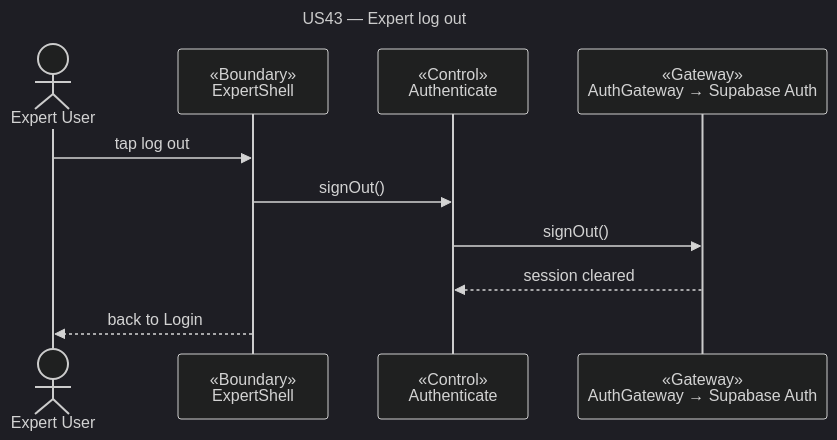
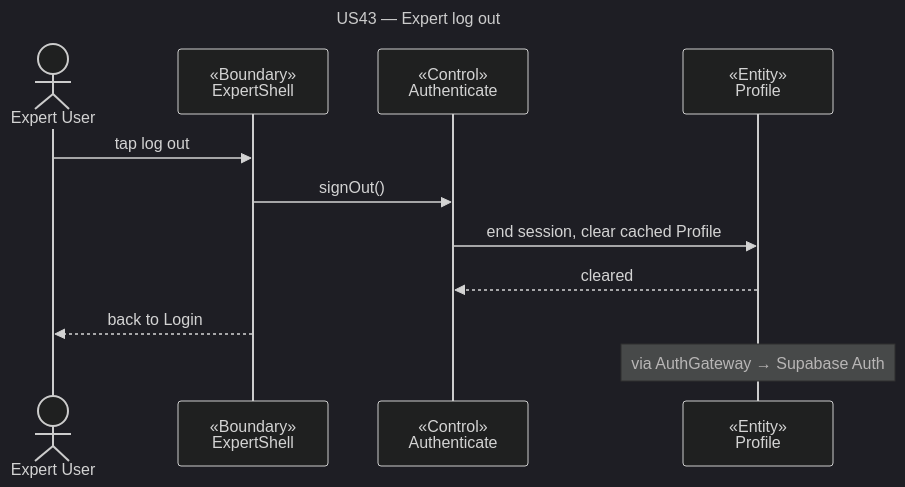
One commit to cyuanjun/FYP-26-S2-37-app changed the diagram in docs/deliverables/sequence-diagrams/src/US43-expert-logout.mmd. Above: the diagram before and after it, drawn with Mermaid (dark theme). The commit also changed 116 other files, not shown here.

Commit message:
Reformat sequence diagrams to sample PTD convention (Boundary-Control-Entity)

```diff
--- a/docs/deliverables/sequence-diagrams/src/US43-expert-logout.mmd
+++ b/docs/deliverables/sequence-diagrams/src/US43-expert-logout.mmd
@@ -1,13 +1,14 @@
 ---
 title: "US43 — Expert log out"
 ---
 sequenceDiagram
   actor A as Expert User
   participant B as «Boundary»<br/>ExpertShell
   participant C as «Control»<br/>Authenticate
-  participant G as «Gateway»<br/>AuthGateway → Supabase Auth
+  participant E as «Entity»<br/>Profile
   A->>B: tap log out
   B->>C: signOut()
-  C->>G: signOut()
-  G-->>C: session cleared
+  C->>E: end session, clear cached Profile
+  E-->>C: cleared
   B-->>A: back to Login
+  note over E: via AuthGateway → Supabase Auth
```
